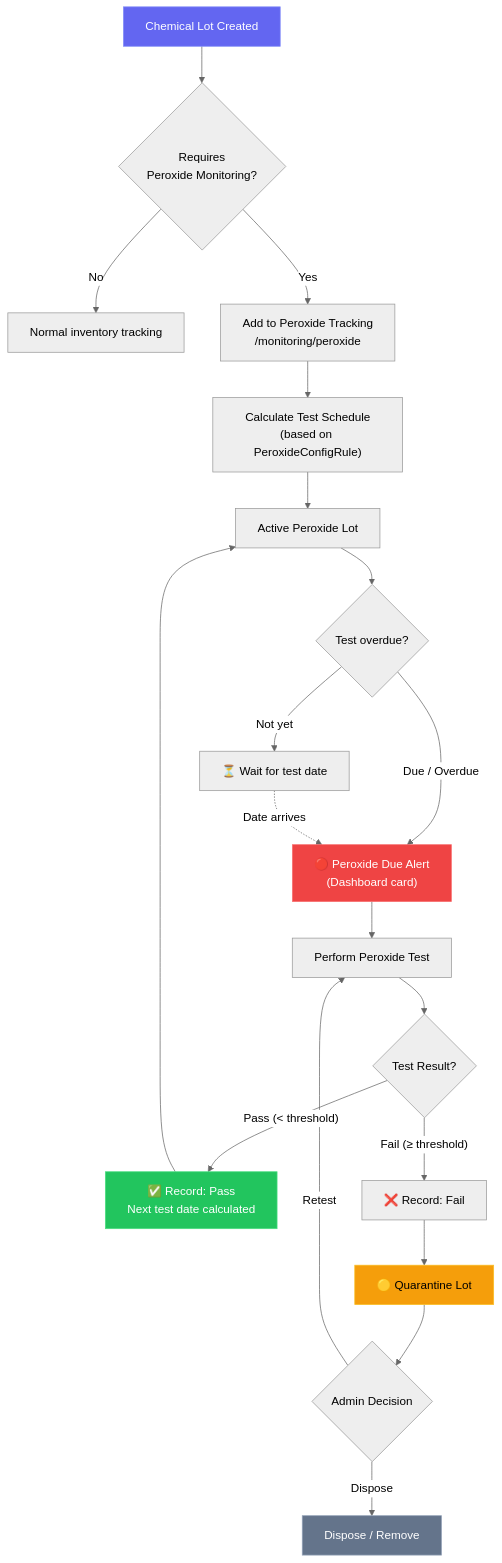
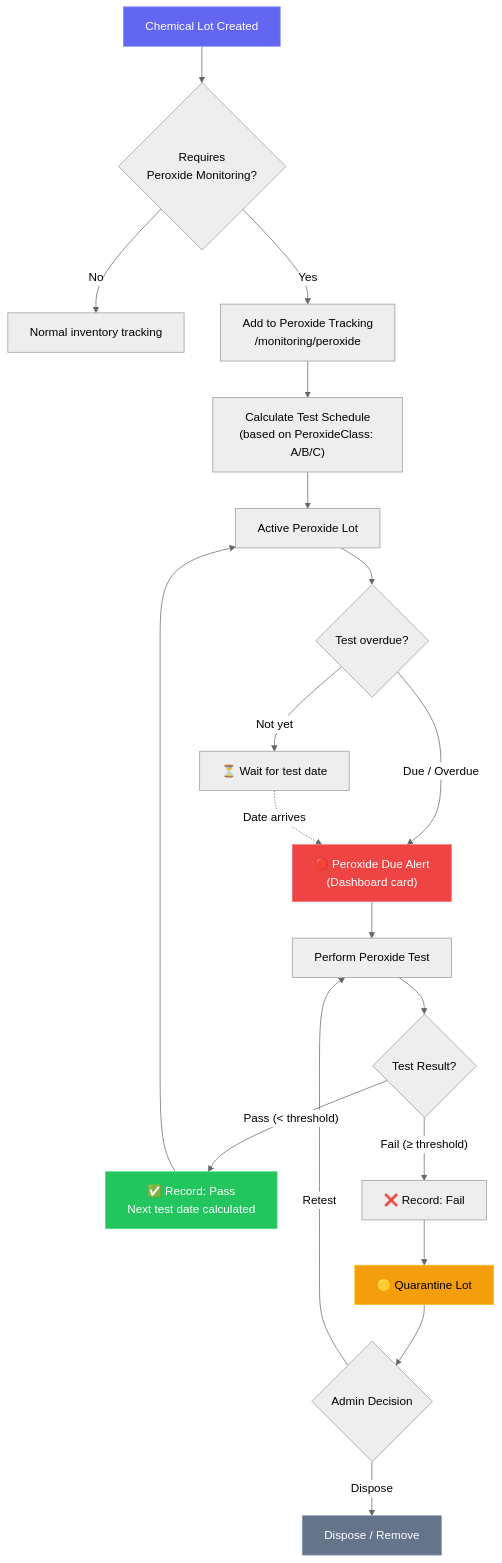
One commit to SalmonSama/chemical_ordering_monitoring_system_document changed the sixth of 10 diagrams in flowchart.md. Above: the diagram before and after it, drawn with Mermaid (neutral theme). The commit also changed other lines of this file and 1 other file, not shown here.

First line of the commit message:
Remove peroxide FK, add favorites, move to Azure

````diff
--- a/flowchart.md
+++ b/flowchart.md
@@ -226,35 +227,35 @@
 ```mermaid
 flowchart TD
     NewLot["Chemical Lot Created"] --> IsPeroxide{Requires<br/>Peroxide Monitoring?}
 
     IsPeroxide -->|No| NormalTrack["Normal inventory tracking"]
     IsPeroxide -->|Yes| AddToPeroxide["Add to Peroxide Tracking<br/>/monitoring/peroxide"]
 
-    AddToPeroxide --> CalcSchedule["Calculate Test Schedule<br/>(based on PeroxideConfigRule)"]
+    AddToPeroxide --> CalcSchedule["Calculate Test Schedule<br/>(based on PeroxideClass: A/B/C)"]
 
     CalcSchedule --> Tracking["Active Peroxide Lot"]
 
     Tracking --> CheckDue{Test overdue?}
     CheckDue -->|"Not yet"| WaitIcon["⏳ Wait for test date"]
     CheckDue -->|"Due / Overdue"| AlertDue["🔴 Peroxide Due Alert<br/>(Dashboard card)"]
 
     AlertDue --> PerformTest["Perform Peroxide Test"]
     WaitIcon -.->|"Date arrives"| AlertDue
 
     PerformTest --> TestResult{Test Result?}
     TestResult -->|"Pass (< threshold)"| RecordPass["✅ Record: Pass<br/>Next test date calculated"]
     TestResult -->|"Fail (≥ threshold)"| RecordFail["❌ Record: Fail"]
 
     RecordPass --> Tracking
     RecordFail --> Quarantine["🟡 Quarantine Lot"]
 
     Quarantine --> Decision{Admin Decision}
     Decision -->|"Dispose"| Dispose["Dispose / Remove"]
     Decision -->|"Retest"| PerformTest
 
     style NewLot fill:#6366f1,stroke:#818cf8,color:#fff
     style AlertDue fill:#ef4444,stroke:#f87171,color:#fff
     style RecordPass fill:#22c55e,stroke:#4ade80,color:#fff
     style Quarantine fill:#f59e0b,stroke:#fbbf24,color:#000
     style Dispose fill:#64748b,stroke:#94a3b8,color:#fff
 ```
````
